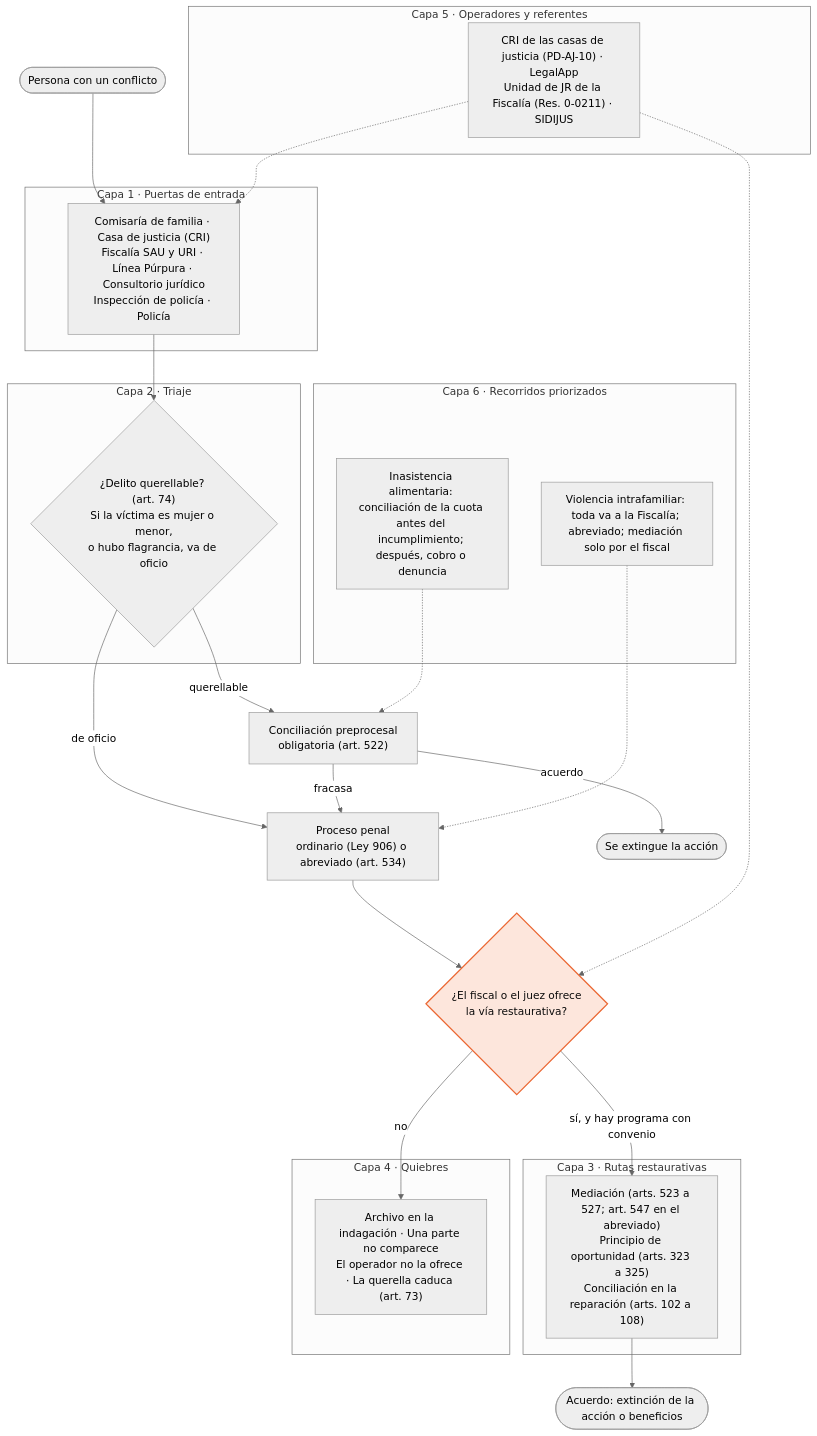
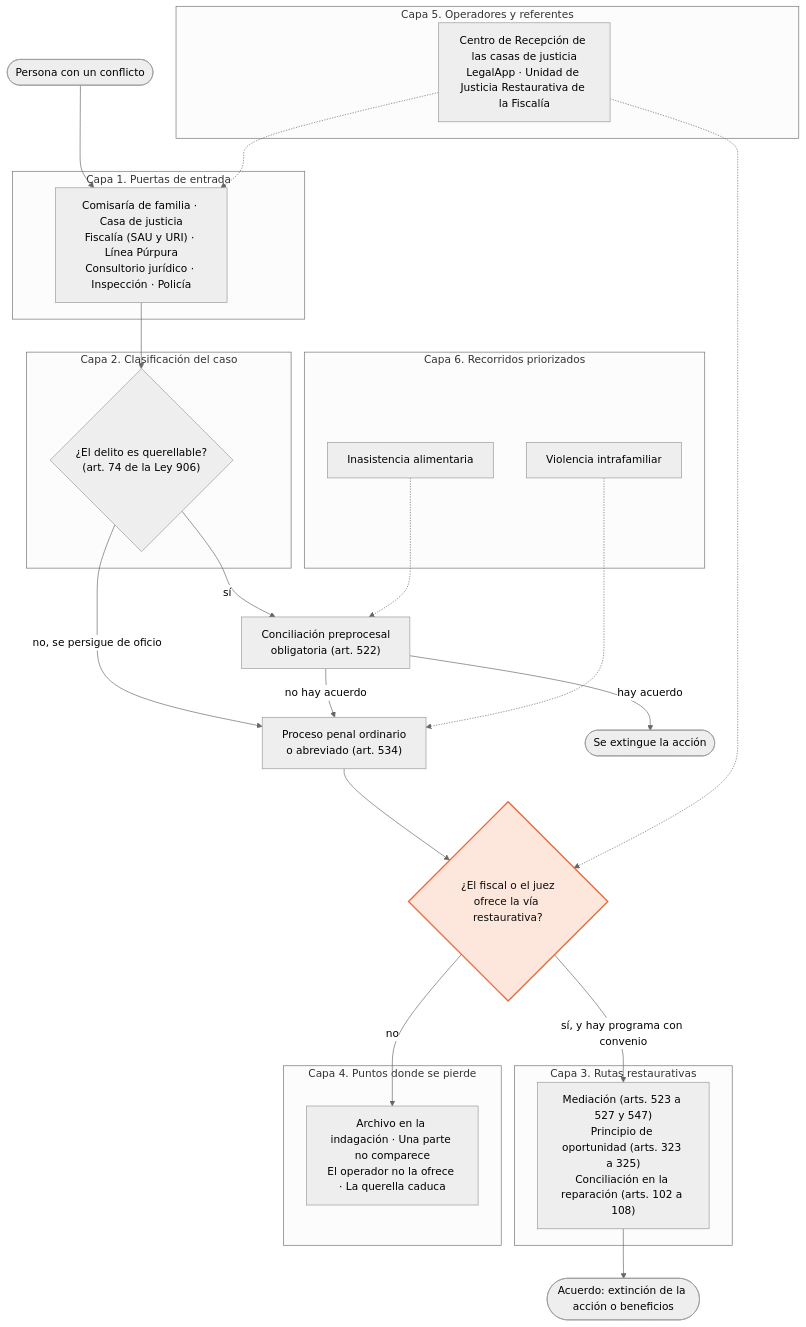
One commit to fsotosa-ops/justicia-restaurativa changed the diagram in README.md. Above: the diagram before and after it, drawn with Mermaid (neutral theme). The commit also changed other lines of this file and 22 other files, not shown here.

````diff
--- a/README.md
+++ b/README.md
@@ -43,47 +171,47 @@
 ```mermaid
 flowchart TD
   P(["Persona con un conflicto"]) --> PU
 
-  subgraph C1["Capa 1 · Puertas de entrada"]
-    PU["Comisaría de familia · Casa de justicia (CRI)<br/>Fiscalía SAU y URI · Línea Púrpura · Consultorio jurídico<br/>Inspección de policía · Policía"]
+  subgraph C1["Capa 1. Puertas de entrada"]
+    PU["Comisaría de familia · Casa de justicia<br/>Fiscalía (SAU y URI) · Línea Púrpura<br/>Consultorio jurídico · Inspección · Policía"]
   end
 
-  subgraph C2["Capa 2 · Triaje"]
-    T{"¿Delito querellable? (art. 74)<br/>Si la víctima es mujer o menor,<br/>o hubo flagrancia, va de oficio"}
+  subgraph C2["Capa 2. Clasificación del caso"]
+    T{"¿El delito es querellable?<br/>(art. 74 de la Ley 906)"}
   end
 
   PU --> T
-  T -- "querellable" --> CP["Conciliación preprocesal<br/>obligatoria (art. 522)"]
-  T -- "de oficio" --> PR["Proceso penal<br/>ordinario (Ley 906) o abreviado (art. 534)"]
-  CP -- "acuerdo" --> X1(["Se extingue la acción"])
-  CP -- "fracasa" --> PR
-  PR --> Q{"¿El fiscal o el juez ofrece<br/>la vía restaurativa?"}
+  T -- "sí" --> CP["Conciliación preprocesal<br/>obligatoria (art. 522)"]
+  T -- "no, se persigue de oficio" --> PR["Proceso penal ordinario<br/>o abreviado (art. 534)"]
+  CP -- "hay acuerdo" --> X1(["Se extingue la acción"])
+  CP -- "no hay acuerdo" --> PR
+  PR --> Q{"¿El fiscal o el juez<br/>ofrece la vía restaurativa?"}
 
-  subgraph C3["Capa 3 · Rutas restaurativas"]
-    R["Mediación (arts. 523 a 527; art. 547 en el abreviado)<br/>Principio de oportunidad (arts. 323 a 325)<br/>Conciliación en la reparación (arts. 102 a 108)"]
+  subgraph C3["Capa 3. Rutas restaurativas"]
+    R["Mediación (arts. 523 a 527 y 547)<br/>Principio de oportunidad (arts. 323 a 325)<br/>Conciliación en la reparación (arts. 102 a 108)"]
   end
 
-  subgraph C4["Capa 4 · Quiebres"]
-    QB["Archivo en la indagación · Una parte no comparece<br/>El operador no la ofrece · La querella caduca (art. 73)"]
+  subgraph C4["Capa 4. Puntos donde se pierde"]
+    QB["Archivo en la indagación · Una parte no comparece<br/>El operador no la ofrece · La querella caduca"]
   end
 
   Q -- "sí, y hay programa con convenio" --> R
   Q -- "no" --> QB
   R --> X2(["Acuerdo: extinción de la acción o beneficios"])
 
-  subgraph C5["Capa 5 · Operadores y referentes"]
-    O["CRI de las casas de justicia (PD-AJ-10) · LegalApp<br/>Unidad de JR de la Fiscalía (Res. 0-0211) · SIDIJUS"]
+  subgraph C5["Capa 5. Operadores y referentes"]
+    O["Centro de Recepción de las casas de justicia<br/>LegalApp · Unidad de Justicia Restaurativa de la Fiscalía"]
   end
   O -.-> PU
   O -.-> Q
 
-  subgraph C6["Capa 6 · Recorridos priorizados"]
-    V["Violencia intrafamiliar: toda va a la Fiscalía; abreviado; mediación solo por el fiscal"]
-    AL["Inasistencia alimentaria: conciliación de la cuota antes del incumplimiento; después, cobro o denuncia"]
+  subgraph C6["Capa 6. Recorridos priorizados"]
+    V["Violencia intrafamiliar"]
+    AL["Inasistencia alimentaria"]
   end
   V -.-> PR
   AL -.-> CP
 
   classDef llave fill:#fde6dc,stroke:#eb6834,stroke-width:2px,color:#0b0b0b
   class Q llave
 ```
````
